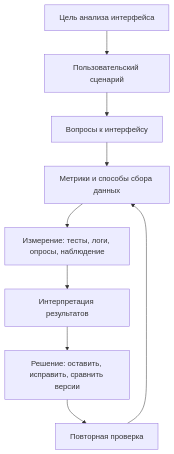
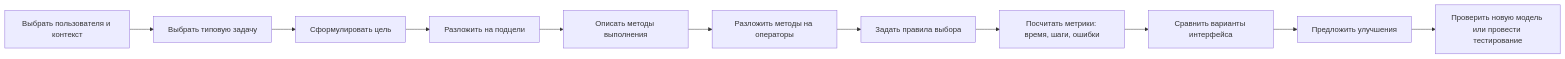
One commit to Kaelesty/gos changed the second of 4 diagrams in Прогинж/answers/17_gosm_ui_metrics.md. Above: the diagram before and after it, drawn with Mermaid. The commit also changed other lines of this file and 9 other files, not shown here.

````diff
--- a/Прогинж/answers/17_gosm_ui_metrics.md
+++ b/Прогинж/answers/17_gosm_ui_metrics.md
@@ -27,11 +255,13 @@
 ```mermaid
-flowchart TD
-    A[Цель анализа интерфейса] --> B[Пользовательский сценарий]
-    B --> C[Вопросы к интерфейсу]
-    C --> D[Метрики и способы сбора данных]
-    D --> E[Измерение: тесты, логи, опросы, наблюдение]
-    E --> F[Интерпретация результатов]
-    F --> G[Решение: оставить, исправить, сравнить версии]
-    G --> H[Повторная проверка]
-    H --> D
+flowchart LR
+    A[Выбрать пользователя и контекст] --> B[Выбрать типовую задачу]
+    B --> C[Сформулировать цель]
+    C --> D[Разложить на подцели]
+    D --> E[Описать методы выполнения]
+    E --> F[Разложить методы на операторы]
+    F --> G[Задать правила выбора]
+    G --> H[Посчитать метрики: время, шаги, ошибки]
+    H --> I[Сравнить варианты интерфейса]
+    I --> J[Предложить улучшения]
+    J --> K[Проверить новую модель или провести тестирование]
 ```
````
